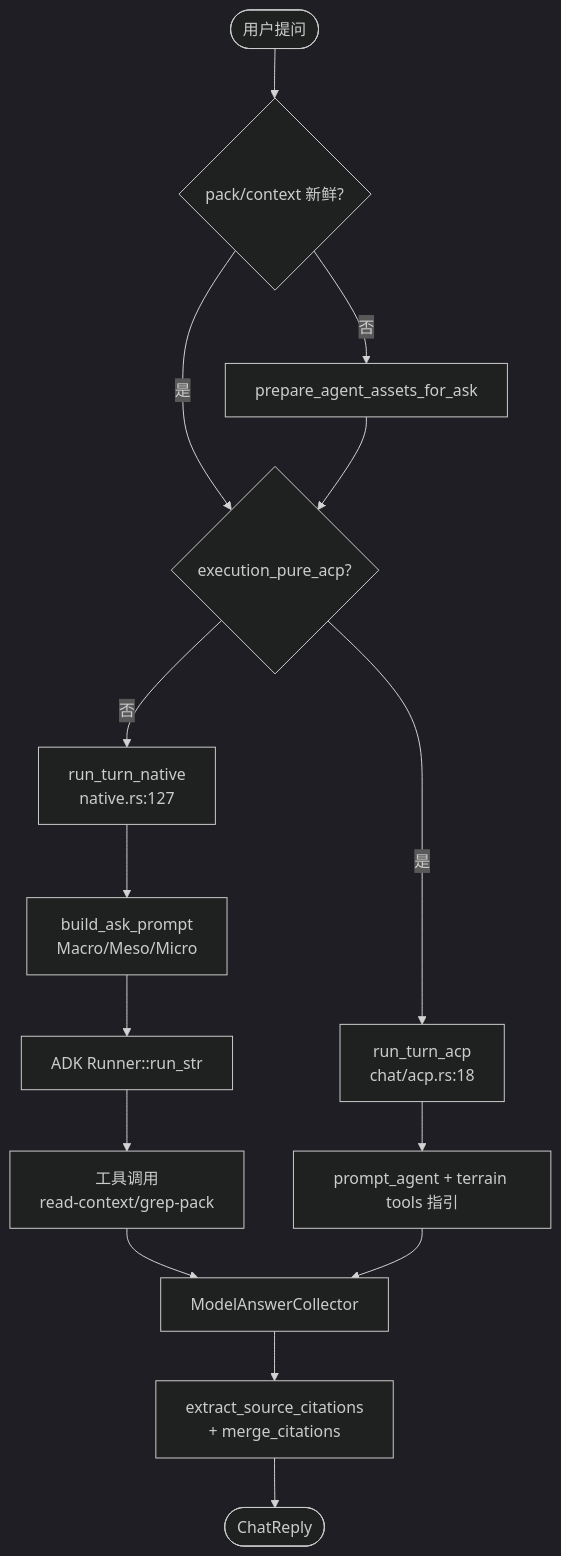
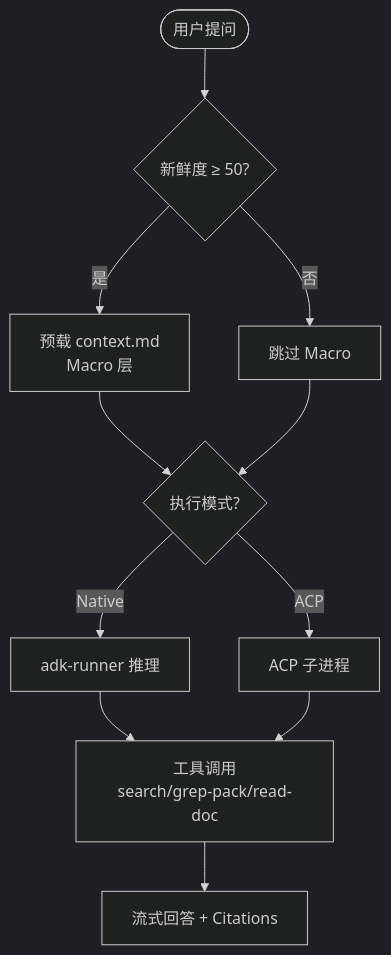
Before and after one commit to sopaco/terrain: the sixth of 6 diagrams in .terrain/human/3.工作流.md, drawn with Mermaid (dark theme). The commit also changed other lines of this file and 79 other files, not shown here.

````diff
--- a/.terrain/human/3.工作流.md
+++ b/.terrain/human/3.工作流.md
@@ -181,17 +128,13 @@
 ```mermaid
 flowchart TD
-    Start([用户提问]) --> FreshCheck{"pack/context 新鲜?"}
-    FreshCheck -->|否| Repack["prepare_agent_assets_for_ask"]
-    FreshCheck -->|是| Route{"execution_pure_acp?"}
-    Repack --> Route
-    Route -->|是| ACPPath["run_turn_acp<br/>chat/acp.rs:18"]
-    Route -->|否| NativePath["run_turn_native<br/>native.rs:127"]
-    NativePath --> Prompt["build_ask_prompt<br/>Macro/Meso/Micro"]
-    Prompt --> Runner["ADK Runner::run_str"]
-    Runner --> Tools["工具调用<br/>read-context/grep-pack"]
-    Tools --> Answer["ModelAnswerCollector"]
-    ACPPath --> ACPAgent["prompt_agent + terrain tools 指引"]
-    ACPAgent --> Answer
-    Answer --> Citations["extract_source_citations<br/>+ merge_citations"]
-    Citations --> End([ChatReply])
+    Start(["用户提问"]) --> Fresh{"新鲜度 ≥ 50?"}
+    Fresh -->|是| Macro["预载 context.md<br/>Macro 层"]
+    Fresh -->|否| Skip["跳过 Macro"]
+    Macro --> Route{"执行模式?"}
+    Skip --> Route
+    Route -->|Native| NativeLLM["adk-runner 推理"]
+    Route -->|ACP| AcpAgent["ACP 子进程"]
+    NativeLLM --> Tools["工具调用<br/>search/grep-pack/read-doc"]
+    AcpAgent --> Tools
+    Tools --> Answer["流式回答 + Citations"]
 ```
````
